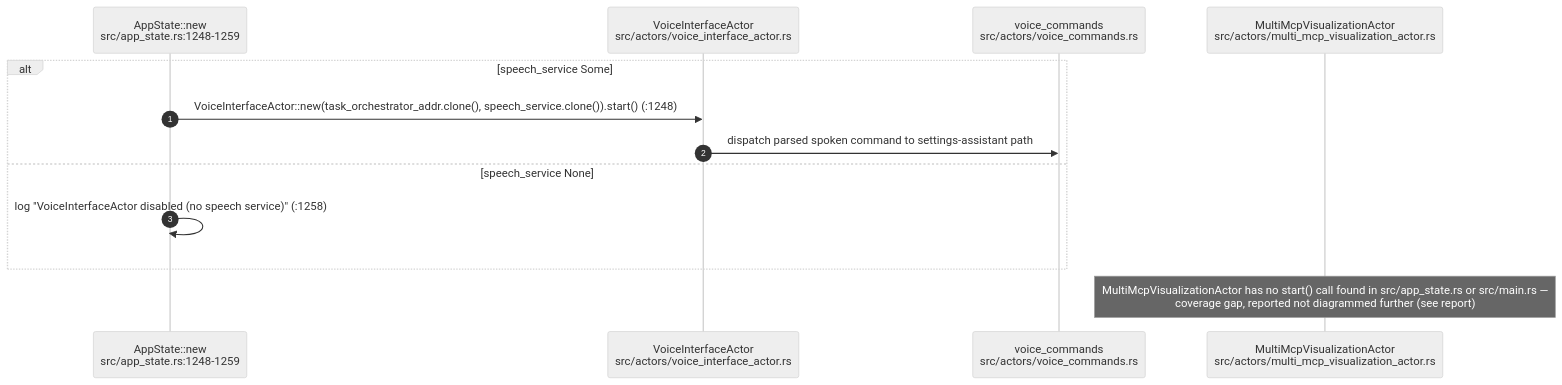
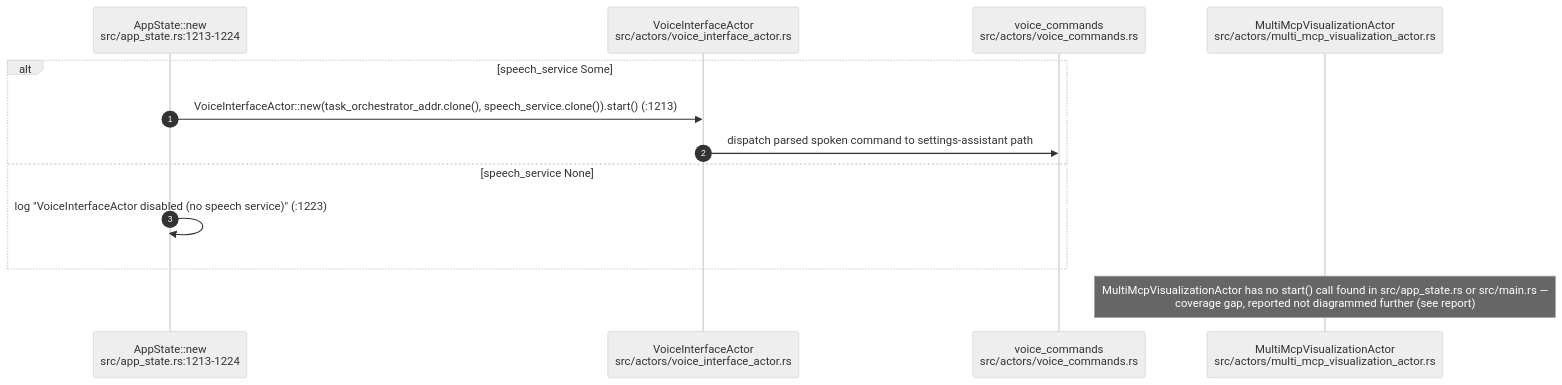
Diagram 13 of 14 in docs/diagrams/visionclaw/02-actor-supervision.md (DreamLab-AI/VisionFlow), drawn with Mermaid (neutral theme) before and after one commit. The commit also changed other lines of this file and 7 other files, not shown here.

````diff
--- a/docs/diagrams/visionclaw/02-actor-supervision.md
+++ b/docs/diagrams/visionclaw/02-actor-supervision.md
@@ -501,16 +500,16 @@
 ```mermaid
 sequenceDiagram
     autonumber
-    participant APP as AppState::new<br/>src/app_state.rs:1248-1259
+    participant APP as AppState::new<br/>src/app_state.rs:1213-1224
     participant VI as VoiceInterfaceActor<br/>src/actors/voice_interface_actor.rs
     participant VC as voice_commands<br/>src/actors/voice_commands.rs
     participant MMV as MultiMcpVisualizationActor<br/>src/actors/multi_mcp_visualization_actor.rs
 
     alt speech_service Some
-        APP->>VI: VoiceInterfaceActor::new(task_orchestrator_addr.clone(), speech_service.clone()).start() (:1248)
+        APP->>VI: VoiceInterfaceActor::new(task_orchestrator_addr.clone(), speech_service.clone()).start() (:1213)
         VI->>VC: dispatch parsed spoken command to settings-assistant path
     else speech_service None
-        APP->>APP: log "VoiceInterfaceActor disabled (no speech service)" (:1258)
+        APP->>APP: log "VoiceInterfaceActor disabled (no speech service)" (:1223)
     end
     Note over MMV: MultiMcpVisualizationActor has no start() call found in src/app_state.rs or src/main.rs —<br/>coverage gap, reported not diagrammed further (see report)
 ```
````
